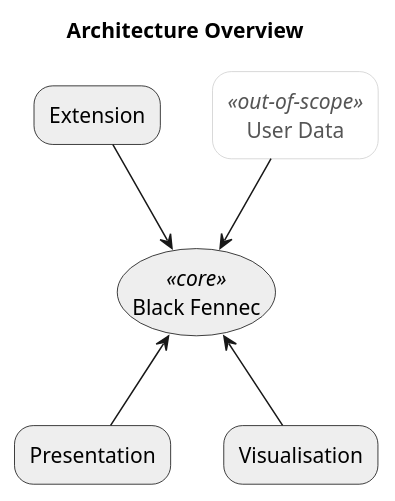
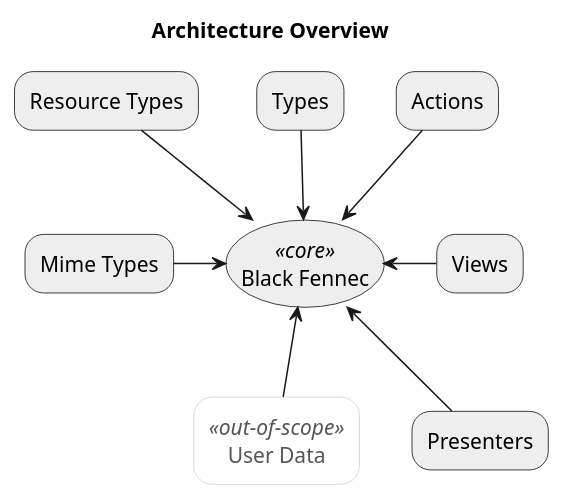
The diagram in docs/source/development/architecture/overview.puml (blackfennec-org/blackfennec), drawn with PlantUML before and after one commit. The commit also changed 4 other files, not shown here.

Commit message:
rework architecture documentation

```diff
--- a/docs/source/development/architecture/overview.puml
+++ b/docs/source/development/architecture/overview.puml
@@ -1,33 +1,42 @@
-@startuml
+@startuml architecture overview
 
 skinparam rectangle {
     BackgroundColor #EEE
     ArrowColor Black
     BorderColor Black
     roundCorner 25
 }
 
 skinparam rectangle<<out-of-scope>> {
     BorderColor #CCC
     BackgroundColor #FFF
     FontColor #555
 }
 
 skinparam rectangle<<core>> {
     roundCorner 1000
 }
 
 title Architecture Overview
 
-rectangle Presentation
-rectangle Visualisation
-rectangle Extension
+rectangle Types
+rectangle Actions
+rectangle Views
+rectangle Presenters
+rectangle "Mime Types" as MT
+rectangle "Resource Types" as RT
 rectangle "User Data" as UD <<out-of-scope>>
 rectangle "Black Fennec" as BF <<core>>
 
-Presentation       -up->       BF
-UD              -->         BF
-Visualisation   -up->       BF
-Extension       -->         BF
+Types           -down->       BF
+Actions         -down->         BF
+Views           -left->         BF
+Presenters      -left->         BF
+MT              -right->         BF
+RT              -right->         BF
+UD              -up->         BF
+
+Presenters      -[hidden]up->   Views
+MT              -[hidden]up->   RT
 
 @enduml
```
